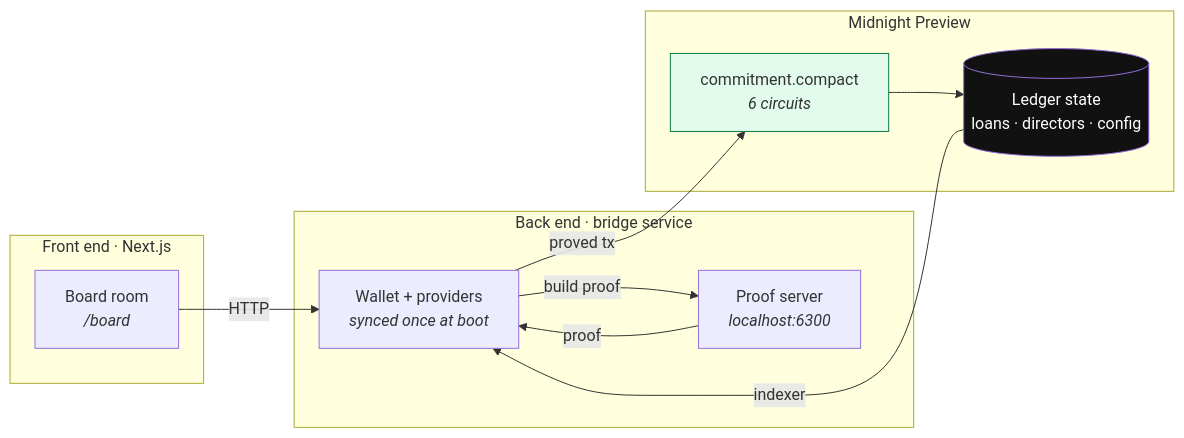
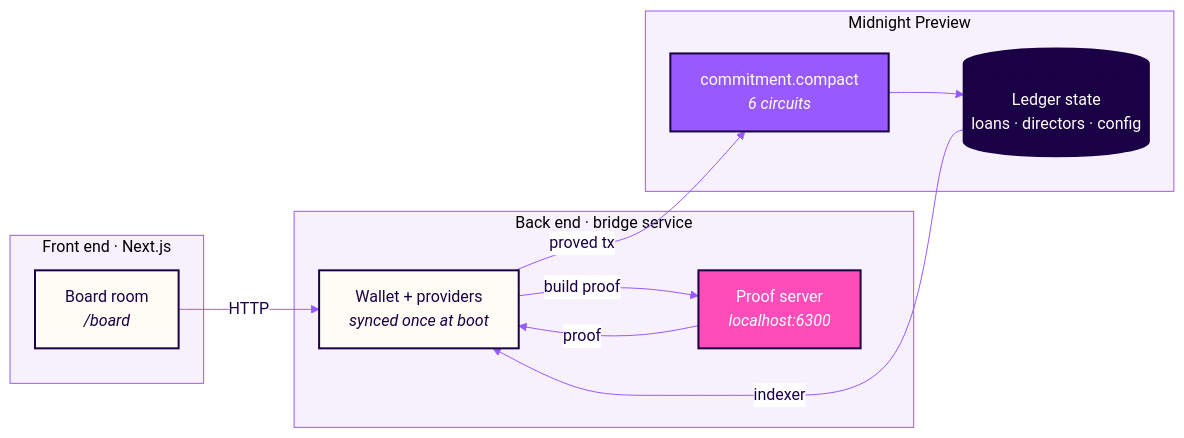
Before and after one commit to ripWr3ncH/BlockChain-Devpost: the diagram in README.md, drawn with Mermaid.

Commit message:
README: restyle the architecture diagram to the deck palette

````diff
--- a/README.md
+++ b/README.md
@@ -246,26 +246,39 @@
 ```mermaid
+%%{init: {'theme':'base','themeVariables':{
+  'primaryColor':'#FFFCF6',
+  'primaryTextColor':'#1A0044',
+  'primaryBorderColor':'#1A0044',
+  'lineColor':'#9859FF',
+  'textColor':'#1A0044',
+  'clusterBkg':'#F6F1FD',
+  'clusterBorder':'#9859FF',
+  'edgeLabelBackground':'#FFFFFF'
+}}}%%
 flowchart LR
     subgraph WEB["Front end · Next.js"]
         UI["Board room<br/><i>/board</i>"]
     end
 
     subgraph BRIDGE["Back end · bridge service"]
         W["Wallet + providers<br/><i>synced once at boot</i>"]
         PS["Proof server<br/><i>localhost:6300</i>"]
     end
 
     subgraph MN["Midnight Preview"]
         CC["commitment.compact<br/><i>6 circuits</i>"]
         L[("Ledger state<br/>loans · directors · config")]
     end
 
     UI -->|HTTP| W
     W -->|build proof| PS
     PS -->|proof| W
     W -->|proved tx| CC
     CC --> L
     L -->|indexer| W
 
-    style CC fill:#e2fbec,stroke:#0a7a43
-    style L fill:#111111,color:#ffffff
+    style UI fill:#FFFCF6,stroke:#1A0044,stroke-width:2px,color:#1A0044
+    style W  fill:#FFFCF6,stroke:#1A0044,stroke-width:2px,color:#1A0044
+    style PS fill:#FE4CB9,stroke:#1A0044,stroke-width:2px,color:#FFFFFF
+    style CC fill:#9859FF,stroke:#1A0044,stroke-width:2px,color:#FFFFFF
+    style L  fill:#1A0044,stroke:#1A0044,stroke-width:2px,color:#FFFFFF
 ```
````
